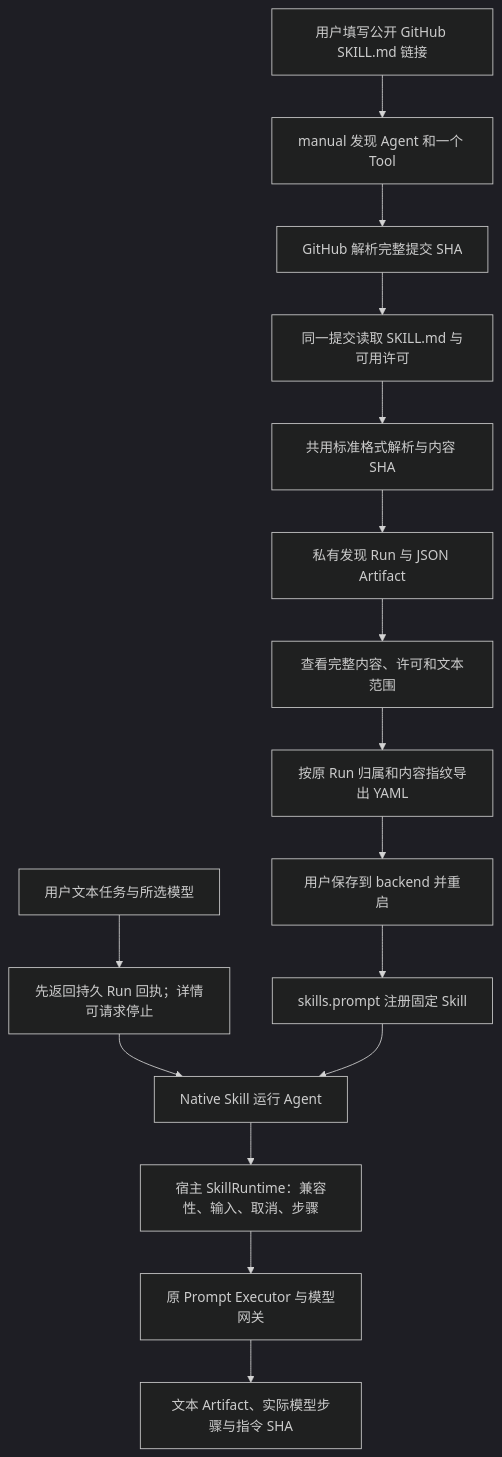
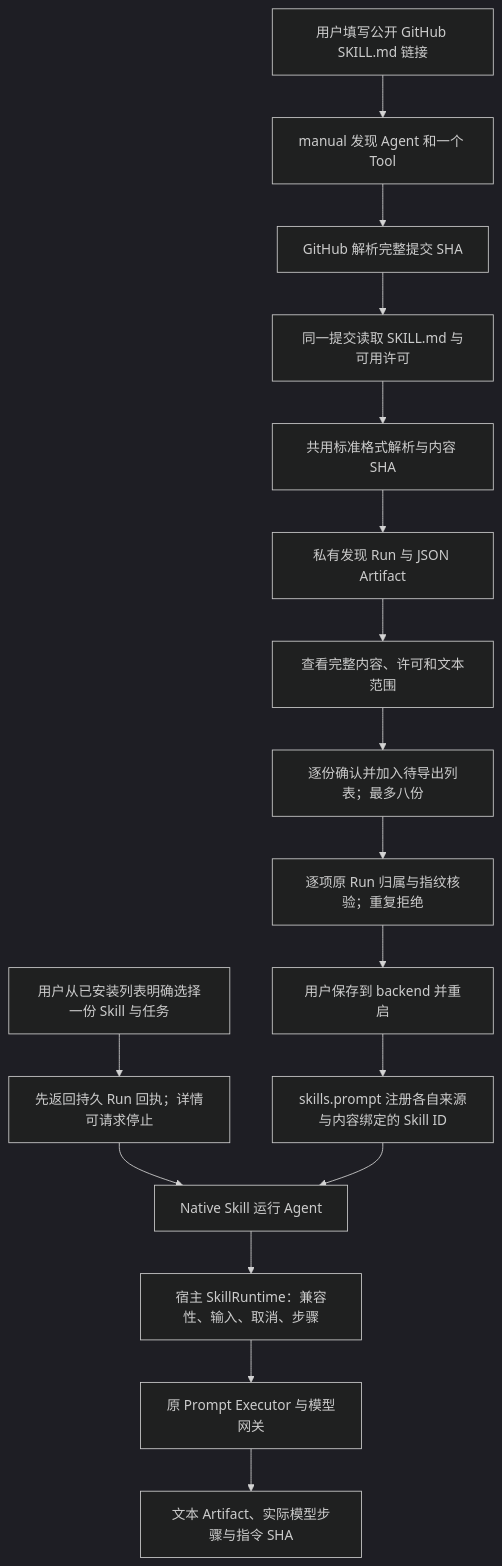
One commit to KlayPeter/AI-Delivery-Ops-Agent changed the diagram in backend/src/connectors/skill-workbench/FEATURE.md. Above: the diagram before and after it, drawn with Mermaid (dark theme). The commit also changed other lines of this file and 17 other files, not shown here.

Commit message:
feat: export and run reviewed multi-skill catalogs

````diff
--- a/backend/src/connectors/skill-workbench/FEATURE.md
+++ b/backend/src/connectors/skill-workbench/FEATURE.md
@@ -21,18 +21,19 @@
 ```mermaid
 flowchart TD
     URL[用户填写公开 GitHub SKILL.md 链接] --> N[manual 发现 Agent 和一个 Tool]
     N --> SHA[GitHub 解析完整提交 SHA]
     SHA --> RAW[同一提交读取 SKILL.md 与可用许可]
     RAW --> FORMAT[共用标准格式解析与内容 SHA]
     FORMAT --> ART[私有发现 Run 与 JSON Artifact]
     ART --> REVIEW[查看完整内容、许可和文本范围]
-    REVIEW --> EXPORT[按原 Run 归属和内容指纹导出 YAML]
+    REVIEW --> SELECT[逐份确认并加入待导出列表；最多八份]
+    SELECT --> EXPORT[逐项原 Run 归属与指纹核验；重复拒绝]
     EXPORT --> LOCAL[用户保存到 backend 并重启]
-    LOCAL --> P[skills.prompt 注册固定 Skill]
-    TASK[用户文本任务与所选模型] --> ACK[先返回持久 Run 回执；详情可请求停止]
+    LOCAL --> P[skills.prompt 注册各自来源与内容绑定的 Skill ID]
+    TASK[用户从已安装列表明确选择一份 Skill 与任务] --> ACK[先返回持久 Run 回执；详情可请求停止]
     ACK --> RUN[Native Skill 运行 Agent]
     P --> RUN
     RUN --> SK[宿主 SkillRuntime：兼容性、输入、取消、步骤]
     SK --> MODEL[原 Prompt Executor 与模型网关]
     MODEL --> RESULT[文本 Artifact、实际模型步骤与指令 SHA]
 ```
````
